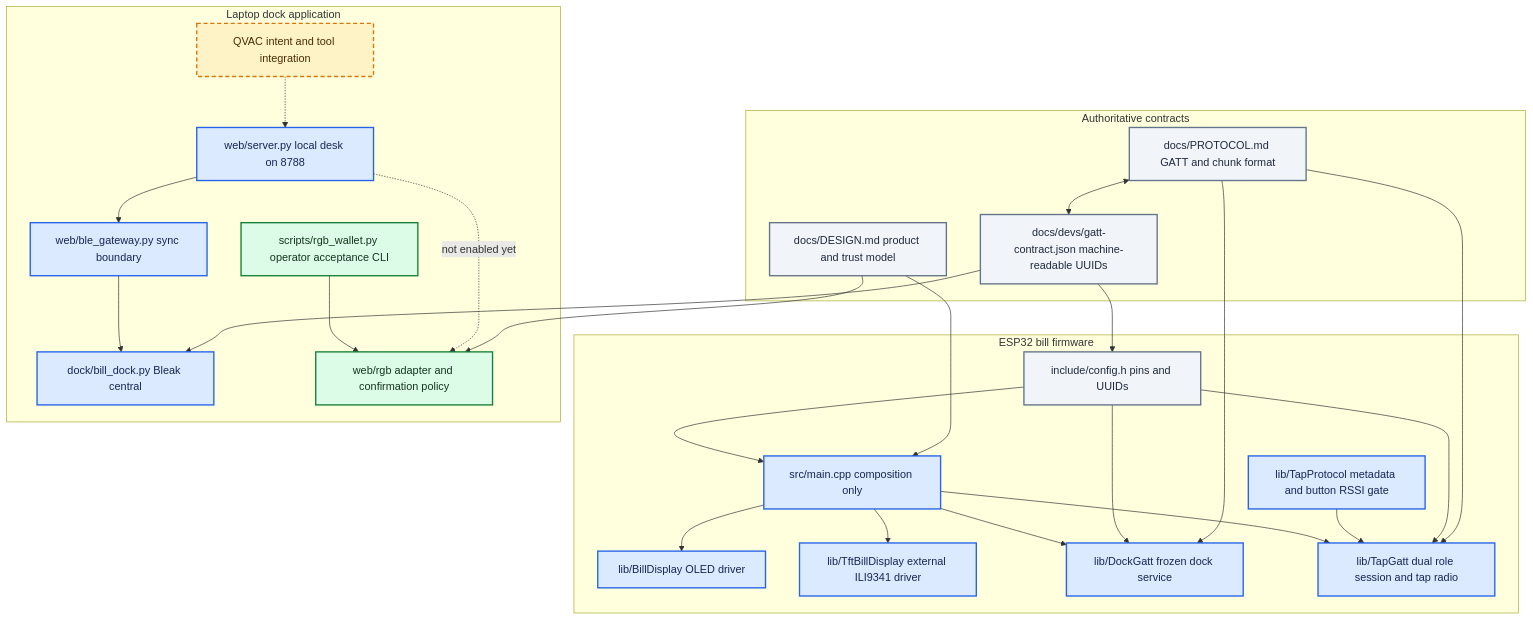
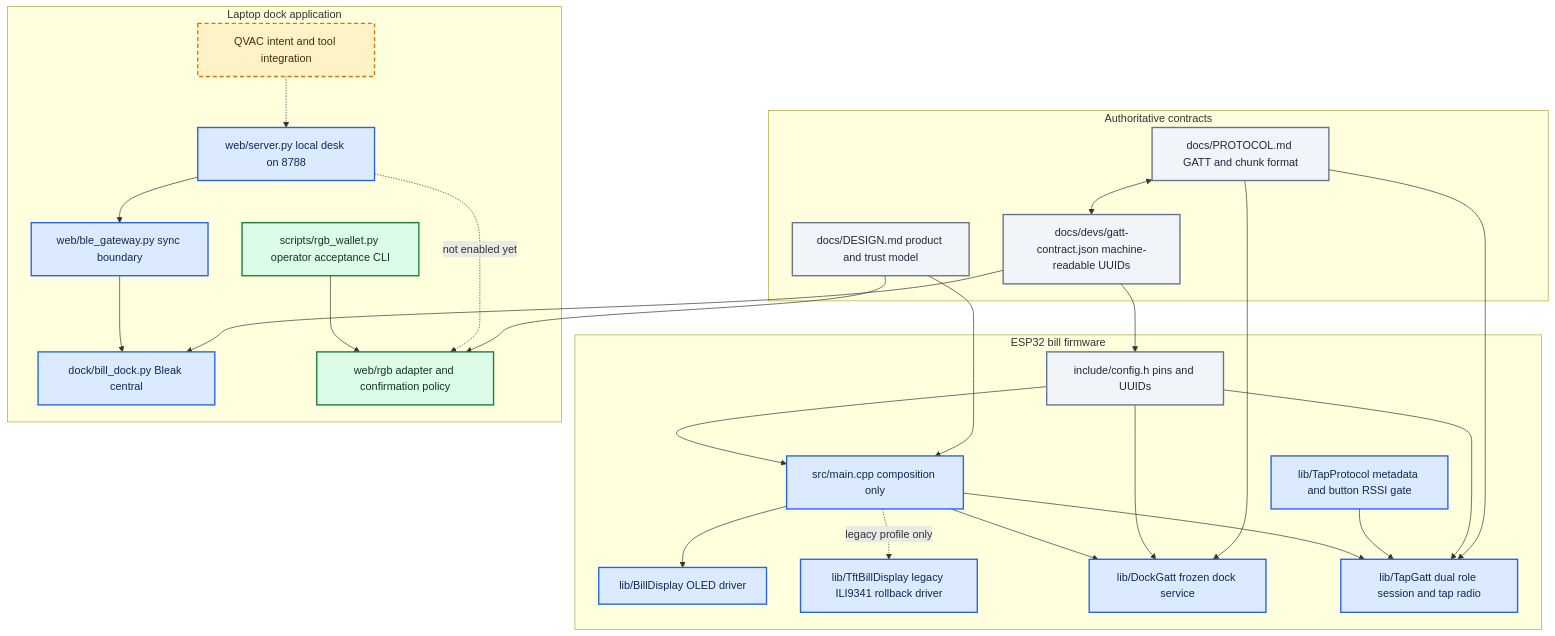
One commit to EdwinKestler/bill changed the diagram in docs/diagrams/src/02-component-ownership.mmd. Above: the diagram before and after it, drawn with Mermaid. The commit also changed 33 other files, not shown here.

```diff
--- a/docs/diagrams/src/02-component-ownership.mmd
+++ b/docs/diagrams/src/02-component-ownership.mmd
@@ -1,50 +1,50 @@
 flowchart TB
     classDef verified fill:#dcfce7,stroke:#16803a,color:#12351f,stroke-width:2px
     classDef implemented fill:#dbeafe,stroke:#2563eb,color:#172554,stroke-width:2px
     classDef planned fill:#fef3c7,stroke:#d97706,color:#4a2b05,stroke-width:2px,stroke-dasharray:6 4
     classDef contract fill:#f1f5f9,stroke:#64748b,color:#1e293b,stroke-width:2px
 
     subgraph firmware["ESP32 bill firmware"]
         main["src/main.cpp composition only"]:::implemented
         display["lib/BillDisplay OLED driver"]:::implemented
-        tftDisplay["lib/TftBillDisplay external ILI9341 driver"]:::implemented
+        tftDisplay["lib/TftBillDisplay legacy ILI9341 rollback driver"]:::implemented
         dockGatt["lib/DockGatt frozen dock service"]:::implemented
         tapProtocol["lib/TapProtocol metadata and button RSSI gate"]:::implemented
         tapGatt["lib/TapGatt dual role session and tap radio"]:::implemented
         config["include/config.h pins and UUIDs"]:::contract
         main --> display
-        main --> tftDisplay
+        main -.->|"legacy profile only"| tftDisplay
         main --> dockGatt
         main --> tapGatt
         tapProtocol --> tapGatt
         config --> main
         config --> dockGatt
         config --> tapGatt
     end
 
     subgraph dockApp["Laptop dock application"]
         webServer["web/server.py local desk on 8788"]:::implemented
         bleGateway["web/ble_gateway.py sync boundary"]:::implemented
         bleak["dock/bill_dock.py Bleak central"]:::implemented
         rgbPolicy["web/rgb adapter and confirmation policy"]:::verified
         walletCli["scripts/rgb_wallet.py operator acceptance CLI"]:::verified
         qvac["QVAC intent and tool integration"]:::planned
         webServer --> bleGateway --> bleak
         walletCli --> rgbPolicy
         webServer -.->|"not enabled yet"| rgbPolicy
         qvac -.-> webServer
     end
 
     subgraph contracts["Authoritative contracts"]
         design["docs/DESIGN.md product and trust model"]:::contract
         protocol["docs/PROTOCOL.md GATT and chunk format"]:::contract
         json["docs/devs/gatt-contract.json machine-readable UUIDs"]:::contract
         protocol <--> json
     end
 
     protocol --> dockGatt
     protocol --> tapGatt
     json --> config
     json --> bleak
     design --> main
     design --> rgbPolicy
```
